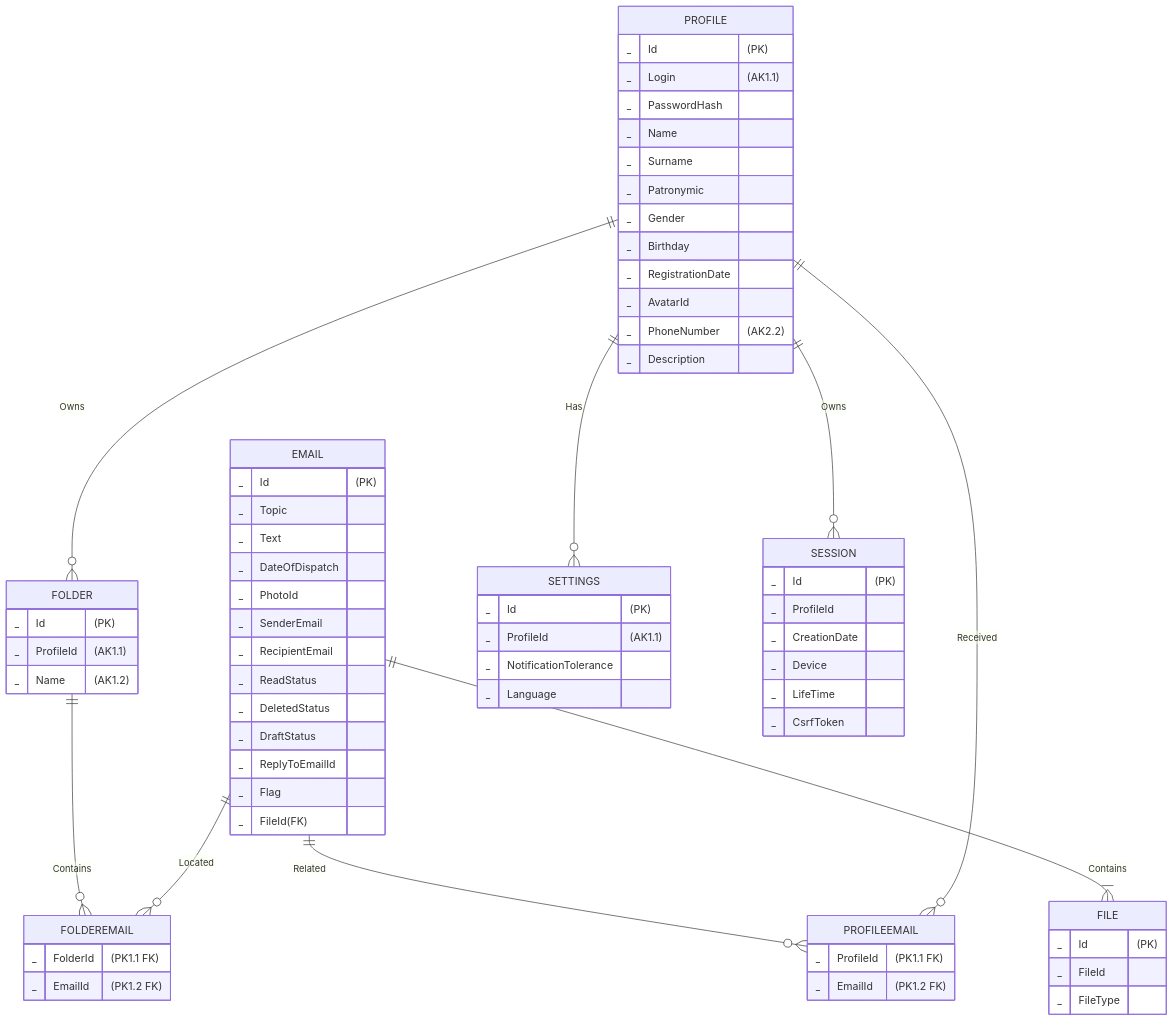
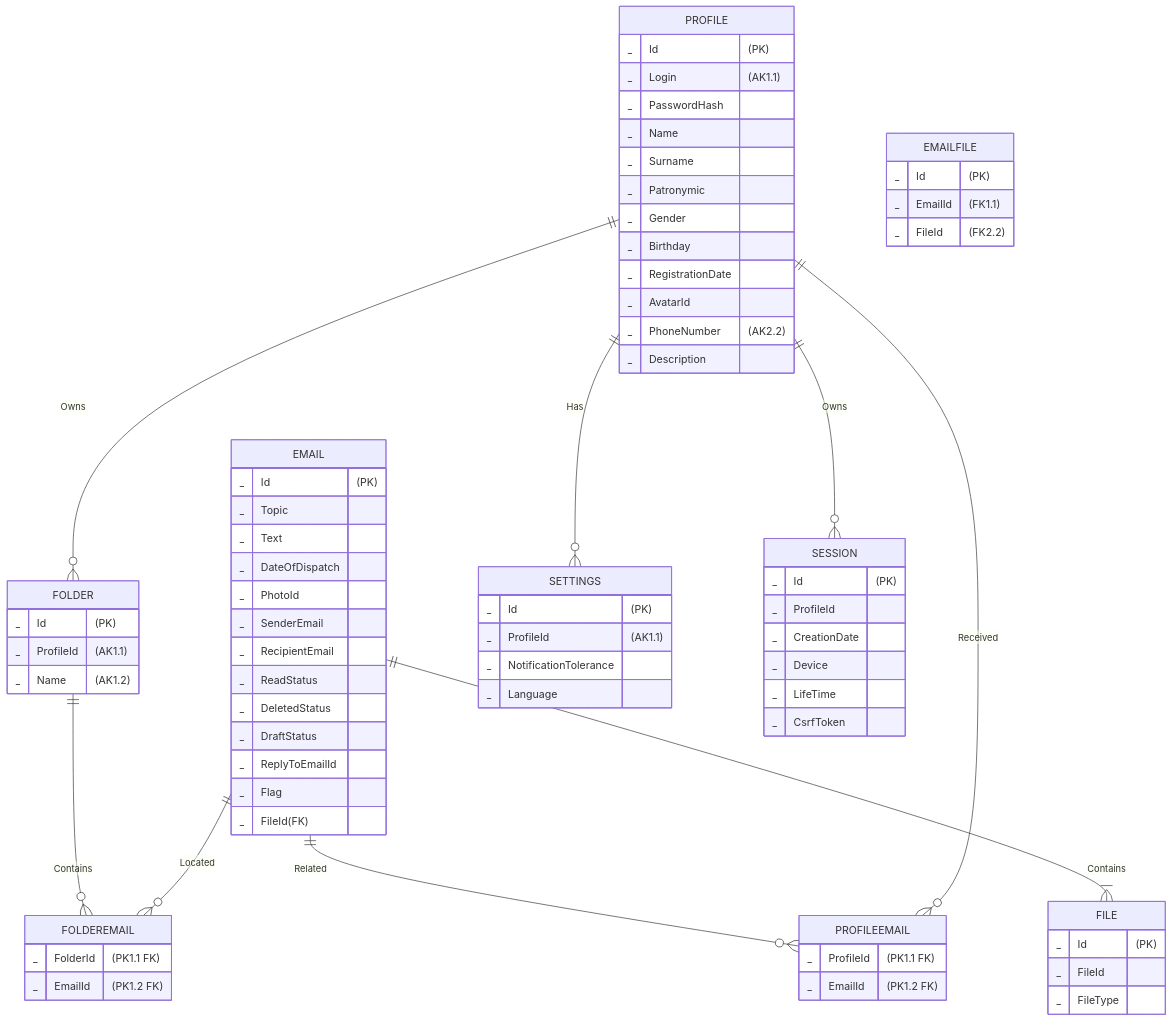
The second of 2 diagrams in db/normalized/relations.md (go-park-mail-ru/2024_1_Refugio), drawn with Mermaid before and after one commit. The commit also changed other lines of this file and 1 other file, not shown here.

````diff
--- a/db/normalized/relations.md
+++ b/db/normalized/relations.md
@@ -80,73 +86,78 @@
 ```mermaid
 erDiagram
     PROFILE {
         _ Id"(PK)"
         _ Login"(AK1.1)"
         _ PasswordHash
         _ Name
         _ Surname
         _ Patronymic
         _ Gender
         _ Birthday
         _ RegistrationDate
         _ AvatarId
         _ PhoneNumber"(AK2.2)"
         _ Description
     }
     EMAIL {
         _ Id"(PK)"
         _ Topic
         _ Text
         _ DateOfDispatch
         _ PhotoId
         _ SenderEmail
         _ RecipientEmail
         _ ReadStatus
         _ DeletedStatus
         _ DraftStatus
         _ ReplyToEmailId
         _ Flag
         _ FileId(FK)
     }
     FILE {
         _ Id"(PK)"
         _ FileId
         _ FileType
+    }
+    EMAILFILE {
+        _ Id"(PK)"
+        _ EmailId"(FK1.1)"
+        _ FileId"(FK2.2)"
     }
     PROFILEEMAIL {
         _ ProfileId"(PK1.1 FK)"
         _ EmailId"(PK1.2 FK)"
     }
     FOLDER {
         _ Id"(PK)"
         _ ProfileId"(AK1.1)"
         _ Name"(AK1.2)"
     }
     FOLDEREMAIL {
         _ FolderId"(PK1.1 FK)"
         _ EmailId"(PK1.2 FK)"
     }
     SETTINGS {
         _ Id"(PK)"
         _ ProfileId"(AK1.1)"
         _ NotificationTolerance
         _ Language
     }
     SESSION {
         _ Id"(PK)"
         _ ProfileId
         _ CreationDate
         _ Device
         _ LifeTime
         _ CsrfToken
     }
 
     PROFILE ||--o{ SESSION : "Owns"
     PROFILE ||--o{ SETTINGS : "Has"
     PROFILE ||--o{ FOLDER : "Owns"
     FOLDER ||--o{ FOLDEREMAIL : "Contains"
     EMAIL ||--o{ FOLDEREMAIL : "Located"
     EMAIL ||--o{ PROFILEEMAIL : "Related"
     PROFILE ||--o{ PROFILEEMAIL : "Received"
     EMAIL ||--|{ FILE : "Contains"
 ```
````
